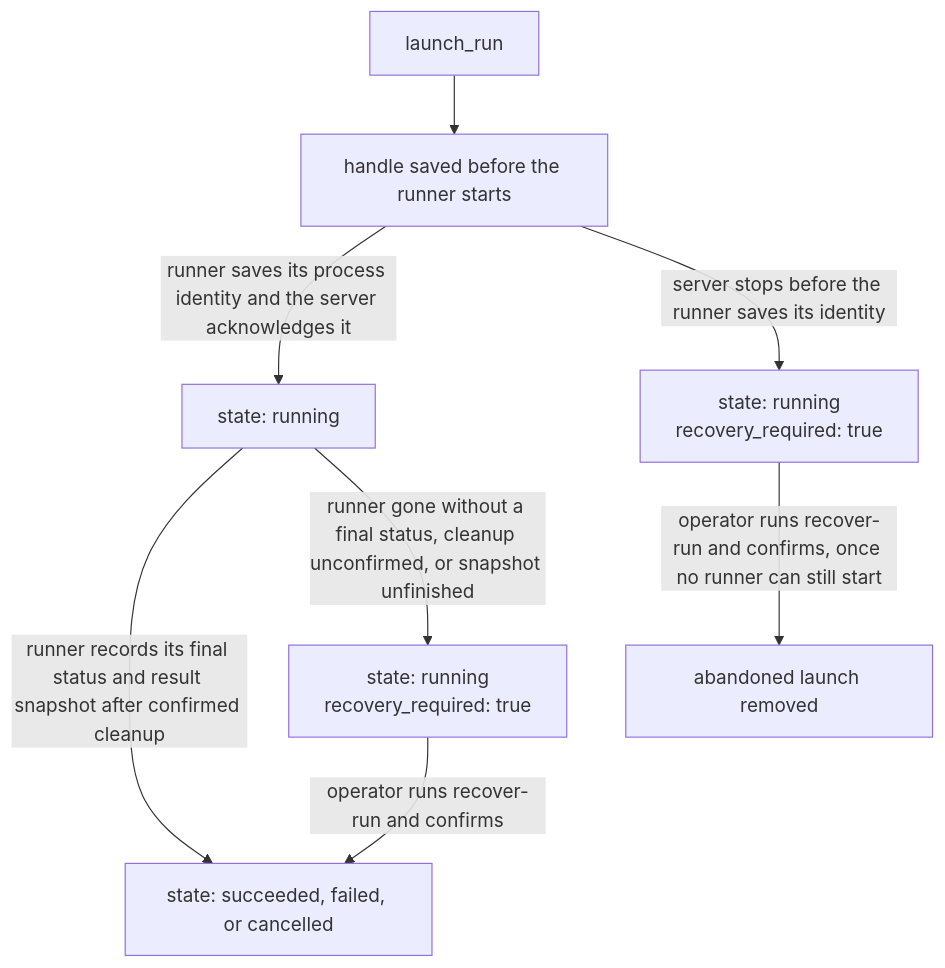
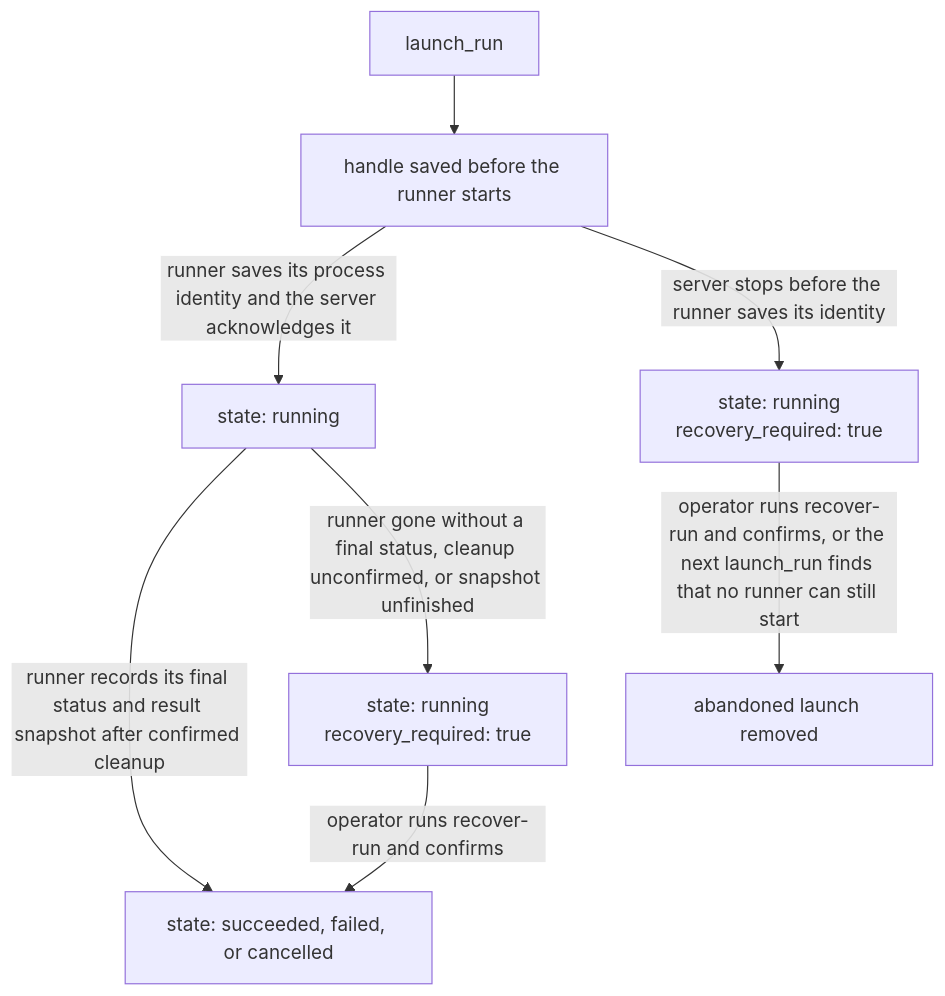
One commit to pszemraj/phasesweep changed the diagram in docs/mcp.md. Above: the diagram before and after it, drawn with Mermaid. The commit also changed other lines of this file and 200 other files, not shown here.

````diff
--- a/docs/mcp.md
+++ b/docs/mcp.md
@@ -174,10 +189,10 @@
 ```mermaid
 flowchart TD
     launch["launch_run"] --> saved["handle saved before the runner starts"]
     saved -->|"runner saves its process identity and the server acknowledges it"| running["state: running"]
     running -->|"runner records its final status and result snapshot after confirmed cleanup"| terminal["state: succeeded, failed, or cancelled"]
     running -->|"runner gone without a final status, cleanup unconfirmed, or snapshot unfinished"| reserved["state: running<br/>recovery_required: true"]
     saved -->|"server stops before the runner saves its identity"| unsettled["state: running<br/>recovery_required: true"]
     reserved -->|"operator runs recover-run and confirms"| terminal
-    unsettled -->|"operator runs recover-run and confirms, once no runner can still start"| removed["abandoned launch removed"]
+    unsettled -->|"operator runs recover-run and confirms, or the next launch_run finds that no runner can still start"| removed["abandoned launch removed"]
 ```
````
